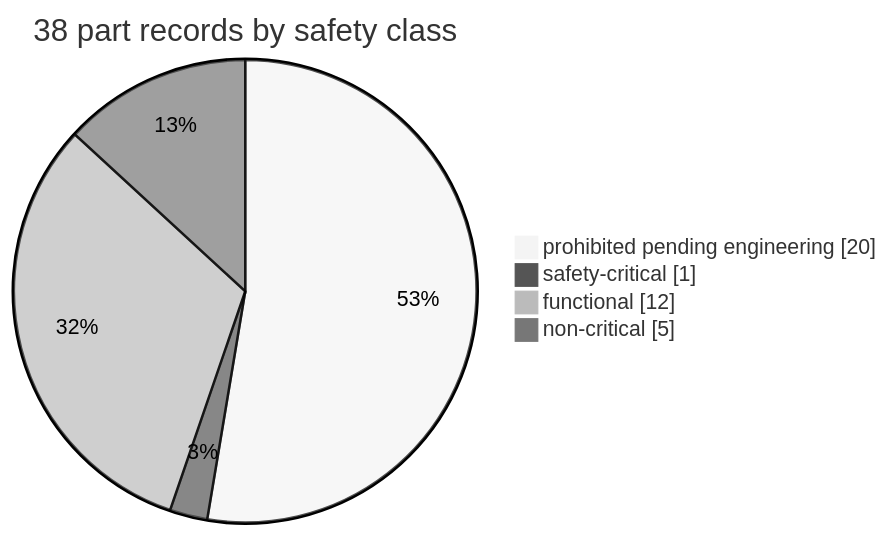
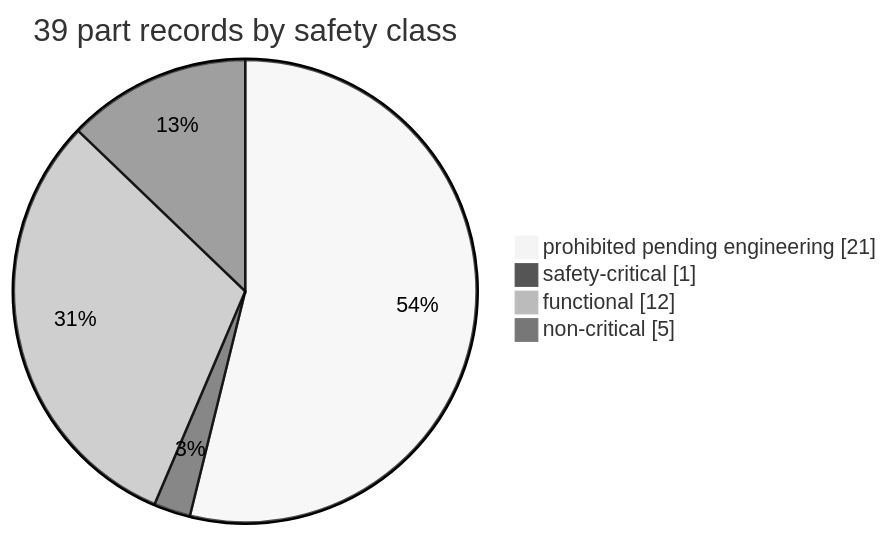
Before and after one commit to cluster2600/porscheparts: the second of 4 diagrams in README.md, drawn with Mermaid (neutral theme). The commit also changed other lines of this file and 16 other files, not shown here.

````diff
--- a/README.md
+++ b/README.md
@@ -228,7 +228,7 @@
 ```mermaid
-pie showData title 38 part records by safety class
-    "prohibited pending engineering" : 20
+pie showData title 39 part records by safety class
+    "prohibited pending engineering" : 21
     "safety-critical" : 1
     "functional" : 12
     "non-critical" : 5
 ```
````
